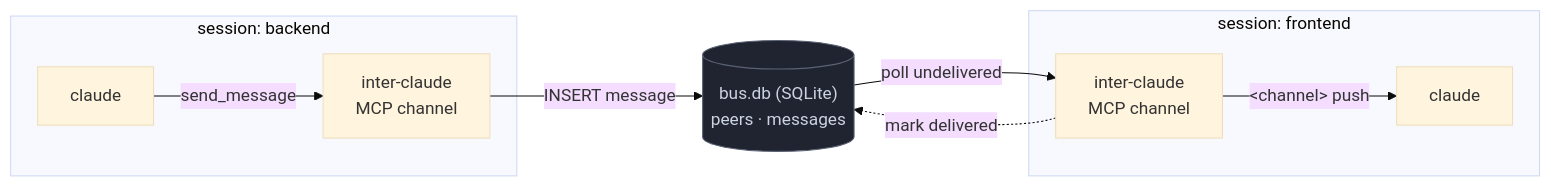
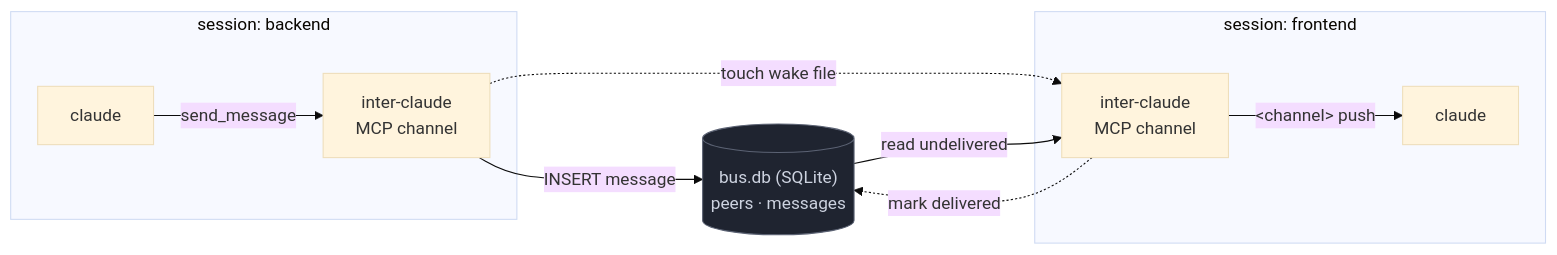
Before and after one commit to biswajitpatra/agentbus: the diagram in README.md, drawn with Mermaid (base theme). The commit also changed other lines of this file and 5 other files, not shown here.

````diff
--- a/README.md
+++ b/README.md
@@ -14,21 +14,22 @@
 ```mermaid
 flowchart LR
     subgraph B["session: backend"]
         BC["claude"]
         BS["inter-claude<br/>MCP channel"]
     end
     subgraph F["session: frontend"]
         FS["inter-claude<br/>MCP channel"]
         FC["claude"]
     end
     DB[("bus.db (SQLite)<br/>peers · messages")]
 
     BC -- "send_message" --> BS
     BS -- "INSERT message" --> DB
-    DB -- "poll undelivered" --> FS
+    BS -. "touch wake file" .-> FS
+    DB -- "read undelivered" --> FS
     FS -- "&lt;channel&gt; push" --> FC
     FS -. "mark delivered" .-> DB
 
     classDef db fill:#1f2430,stroke:#5b6273,color:#cdd3e0;
     class DB db;
 ```
````
